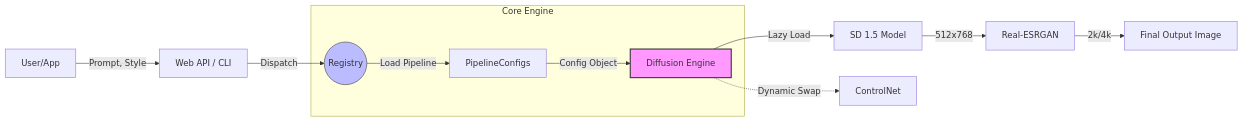
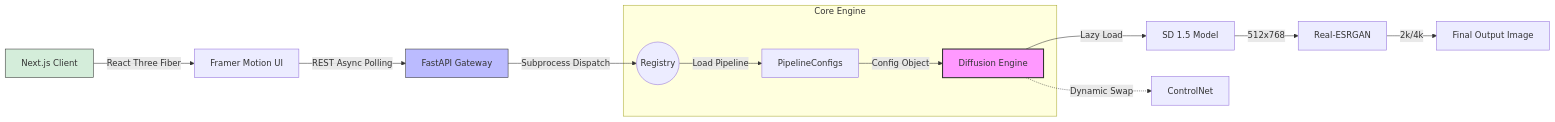
The diagram in README.md (RajTewari01/image-generation), drawn with Mermaid before and after one commit. The commit also changed other lines of this file and 23 other files, not shown here.

Commit message:
feat: FAANG WebGL Architecture, 5 Apple Themes, Mobile UI

````diff
--- a/README.md
+++ b/README.md
@@ -65,19 +65,21 @@
 ```mermaid
 graph LR
-    U[User/App] -->|Prompt, Style| W[Web API / CLI]
-    W -->|Dispatch| R((Registry))
+    U[Next.js Client] -->|React Three Fiber| F[Framer Motion UI]
+    F -->|REST Async Polling| W[FastAPI Gateway]
+    W -->|Subprocess Dispatch| R((Registry))
     
     subgraph Core Engine
         R -->|Load Pipeline| C[PipelineConfigs]
         C -->|Config Object| E[Diffusion Engine]
     end
     
     E -->|Lazy Load| SD[SD 1.5 Model]
     E -.->|Dynamic Swap| CN[ControlNet]
     
     SD -->|512x768| ES[Real-ESRGAN]
     ES -->|2k/4k| O[Final Output Image]
     
     style E fill:#f9f,stroke:#333,stroke-width:2px
-    style R fill:#bbf,stroke:#333
+    style W fill:#bbf,stroke:#333
+    style U fill:#d4edda,stroke:#333
 ```
````
